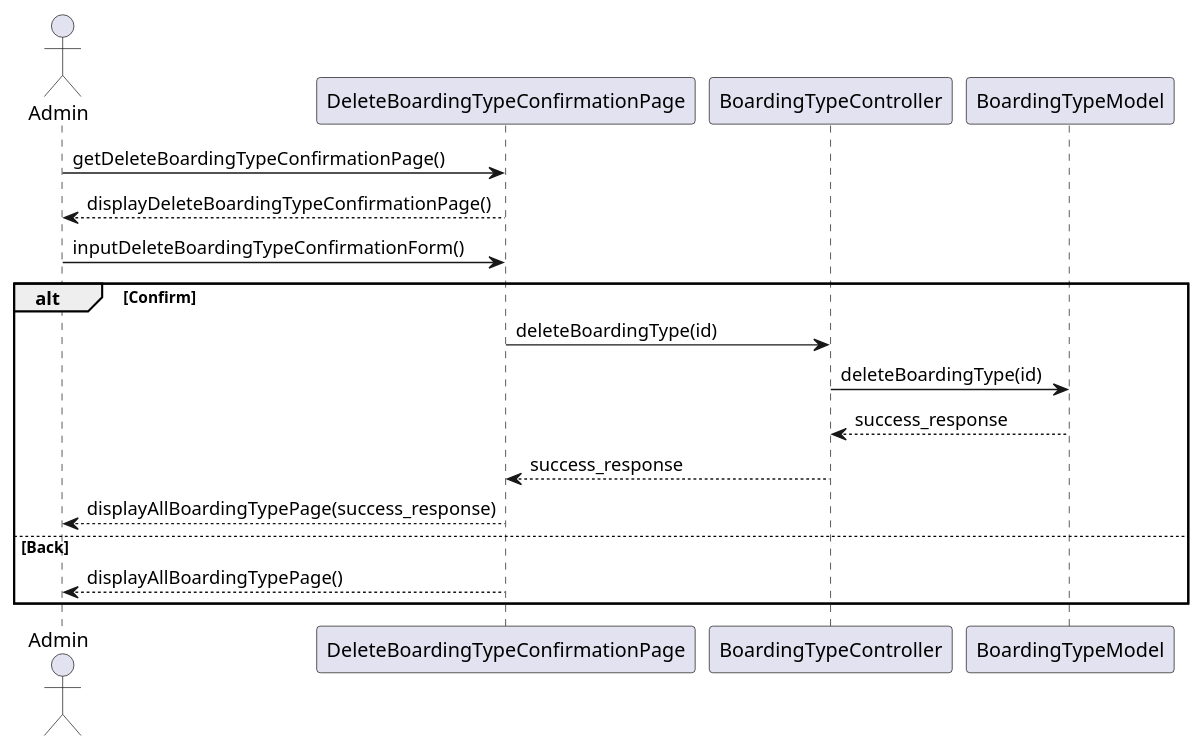
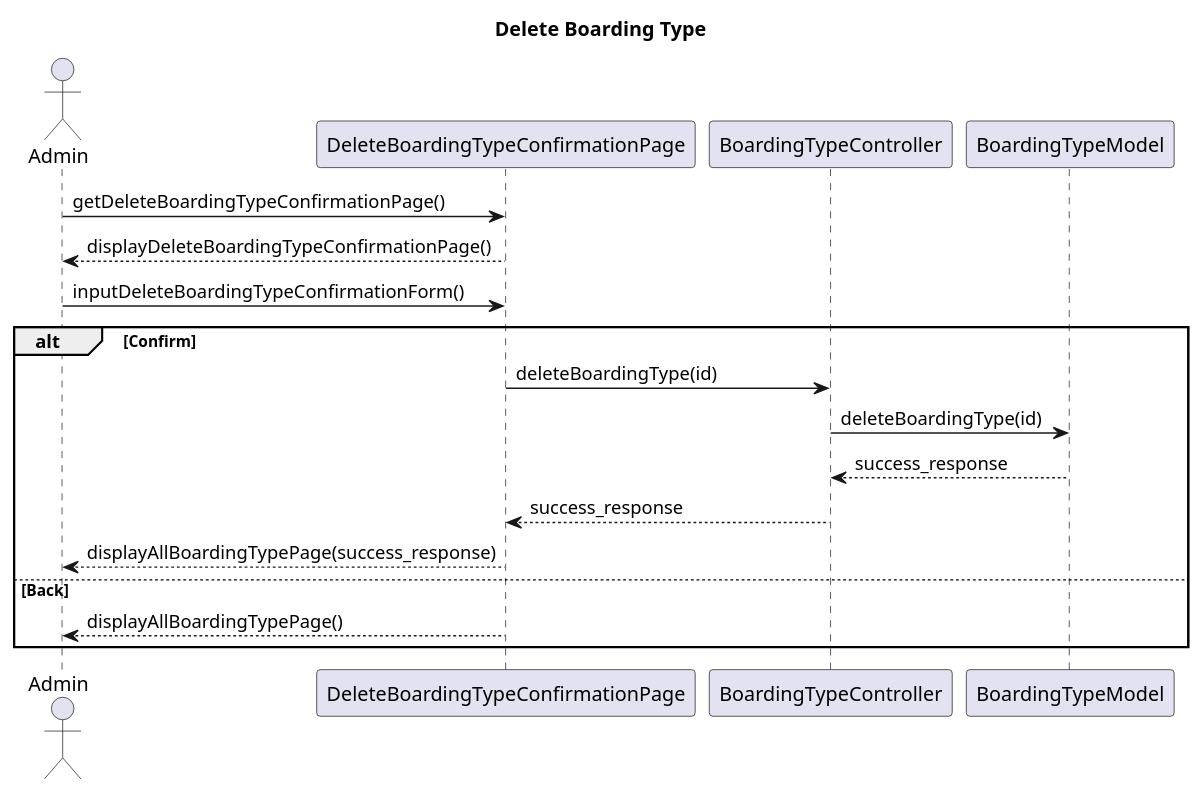
The diagram in Design/BHFMS_SEQUENCE/Admin/BoardingTypes/Boarding Type Management (Admin) Delete.puml (AntWort21/BHFMS), drawn with PlantUML before and after one commit. The commit also changed 75 other files, not shown here.

Commit message:
Fix Use Cases & ERD

```diff
--- a/Design/BHFMS_SEQUENCE/Admin/BoardingTypes/Boarding Type Management (Admin) Delete.puml
+++ b/Design/BHFMS_SEQUENCE/Admin/BoardingTypes/Boarding Type Management (Admin) Delete.puml
@@ -1,21 +1,22 @@
 @startuml
+title Delete Boarding Type
 actor Admin as act
 participant DeleteBoardingTypeConfirmationPage as view
 participant BoardingTypeController as ctrl
 participant BoardingTypeModel as model
 
 act -> view : getDeleteBoardingTypeConfirmationPage()
 act <-- view : displayDeleteBoardingTypeConfirmationPage()
 
     act->view : inputDeleteBoardingTypeConfirmationForm()
     alt Confirm
         view->ctrl: deleteBoardingType(id)
         ctrl->model: deleteBoardingType(id)
         model --> ctrl: success_response
         ctrl --> view: success_response
         view-->act: displayAllBoardingTypePage(success_response)
     else Back
         view-->act: displayAllBoardingTypePage()
     end
 
 @enduml
```
